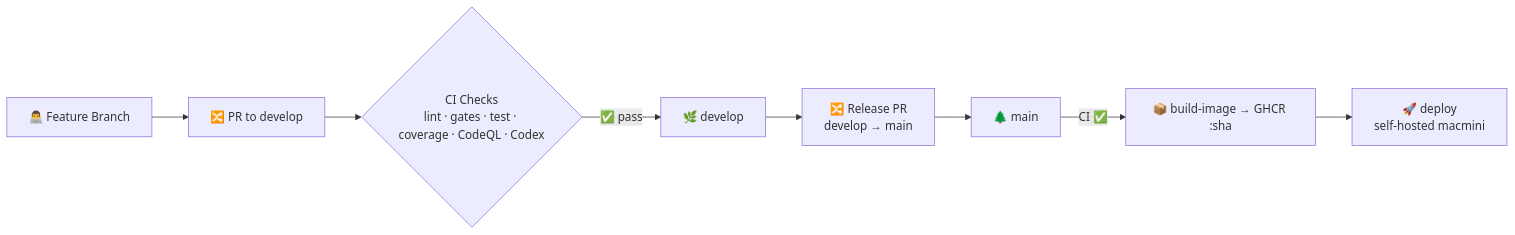
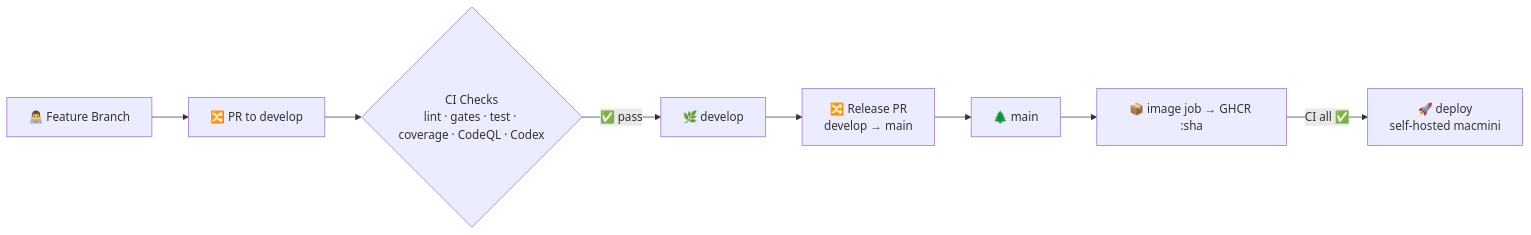
Before and after one commit to CaQuick/caquick-be: the third of 3 diagrams in README.en.md, drawn with Mermaid. The commit also changed other lines of this file and 6 other files, not shown here.

````diff
--- a/README.en.md
+++ b/README.en.md
@@ -419,16 +419,16 @@
 ```mermaid
 flowchart LR
     Dev[👨‍💻 Feature Branch]
     PR[🔀 PR to develop]
     Checks{CI Checks<br/>lint · gates · test · coverage · CodeQL · Codex}
     Develop[🌿 develop]
     Release[🔀 Release PR<br/>develop → main]
     Main[🌲 main]
-    Image[📦 build-image → GHCR :sha]
+    Image[📦 image job → GHCR :sha]
     Deploy[🚀 deploy<br/>self-hosted macmini]
 
     Dev --> PR --> Checks
     Checks -->|✅ pass| Develop
     Develop --> Release --> Main
-    Main -->|CI ✅| Image --> Deploy
+    Main --> Image -->|CI all ✅| Deploy
 ```
````
